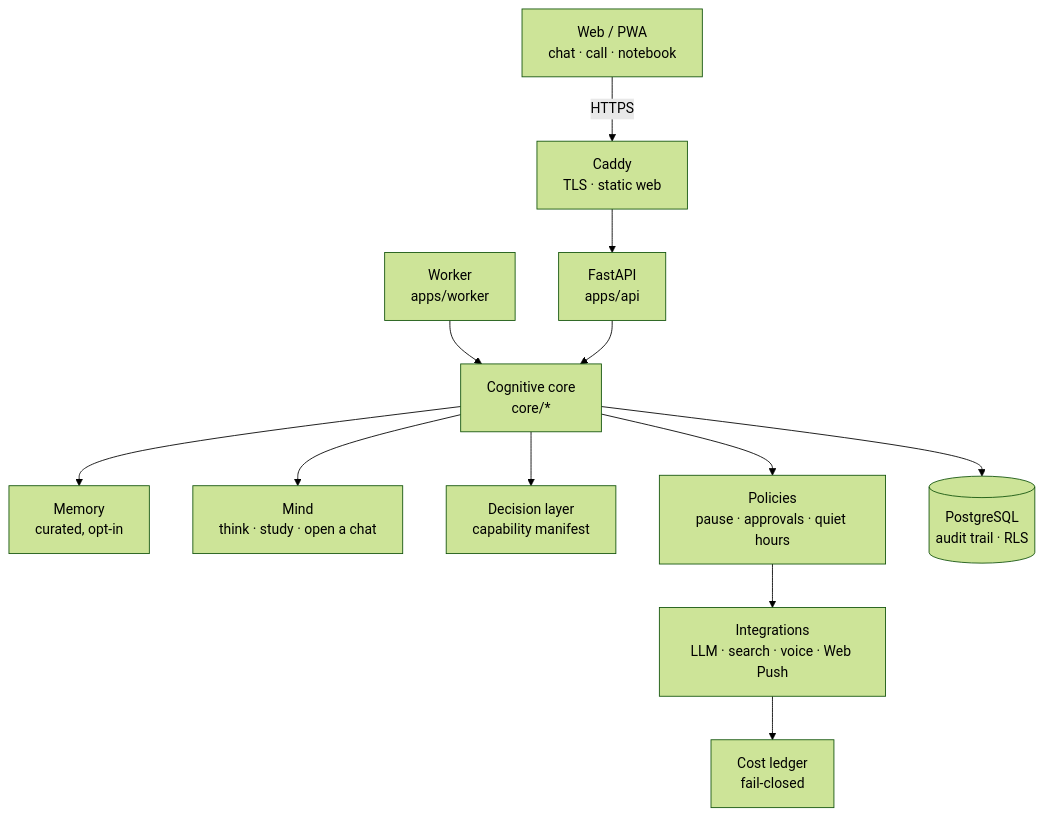
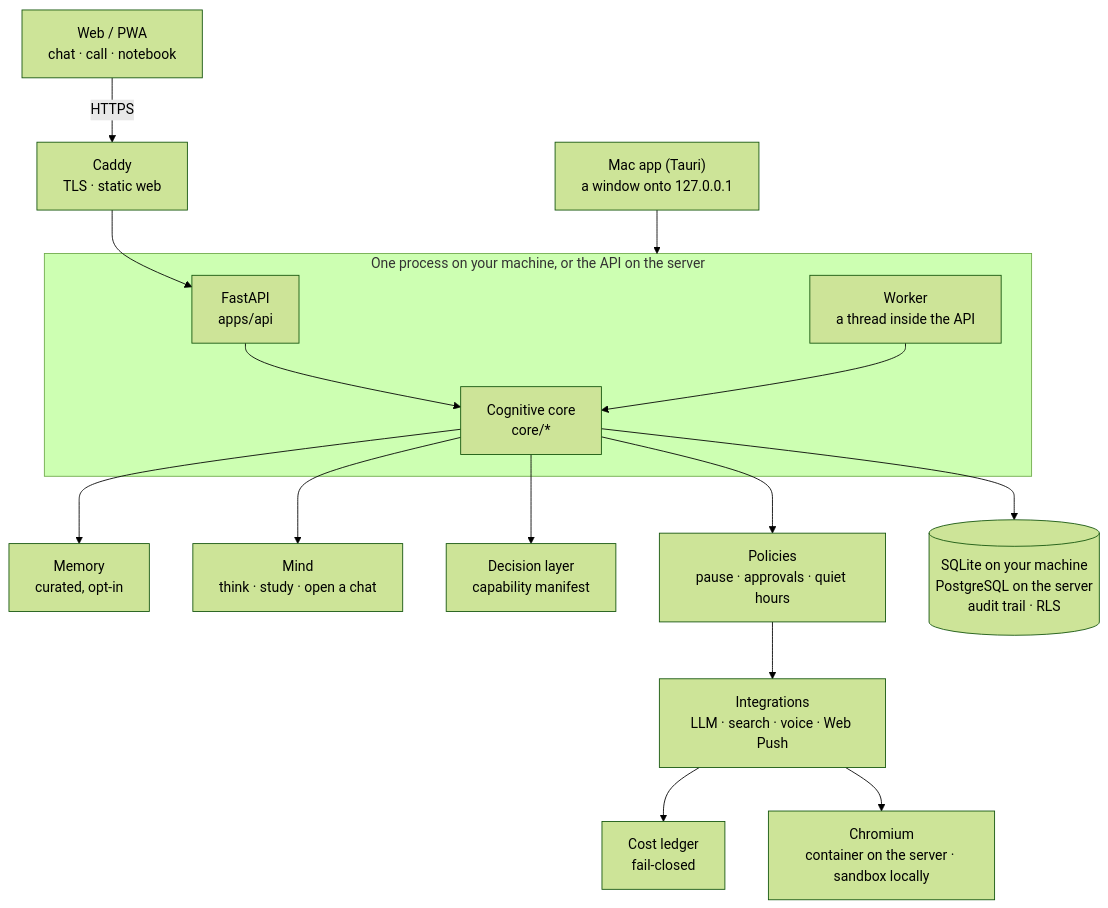
One commit to Allisonfreittass/visao changed the diagram in README.md. Above: the diagram before and after it, drawn with Mermaid (forest theme). The commit also changed other lines of this file and 1 other file, not shown here.

First line of the commit message:
README: as quatro formas de rodar o Visão e o que mudou na execução local (#26)

````diff
--- a/README.md
+++ b/README.md
@@ -51,14 +52,18 @@
 ```mermaid
 flowchart TB
   web["Web / PWA<br/>chat · call · notebook"] -->|HTTPS| edge["Caddy<br/>TLS · static web"]
-  edge --> api["FastAPI<br/>apps/api"]
-  worker["Worker<br/>apps/worker"] --> core
-  api --> core["Cognitive core<br/>core/*"]
+  mac["Mac app (Tauri)<br/>a window onto 127.0.0.1"] --> local
+  edge --> api
+  subgraph local["One process on your machine, or the API on the server"]
+    api["FastAPI<br/>apps/api"] --> core["Cognitive core<br/>core/*"]
+    worker["Worker<br/>a thread inside the API"] --> core
+  end
   core --> memory["Memory<br/>curated, opt-in"]
   core --> mind["Mind<br/>think · study · open a chat"]
   core --> decision["Decision layer<br/>capability manifest"]
   core --> gate["Policies<br/>pause · approvals · quiet hours"]
   gate --> integrations["Integrations<br/>LLM · search · voice · Web Push"]
   integrations --> ledger["Cost ledger<br/>fail-closed"]
-  core --> db[("PostgreSQL<br/>audit trail · RLS")]
+  integrations --> browser["Chromium<br/>container on the server · sandbox locally"]
+  core --> db[("SQLite on your machine<br/>PostgreSQL on the server<br/>audit trail · RLS")]
 ```
````
